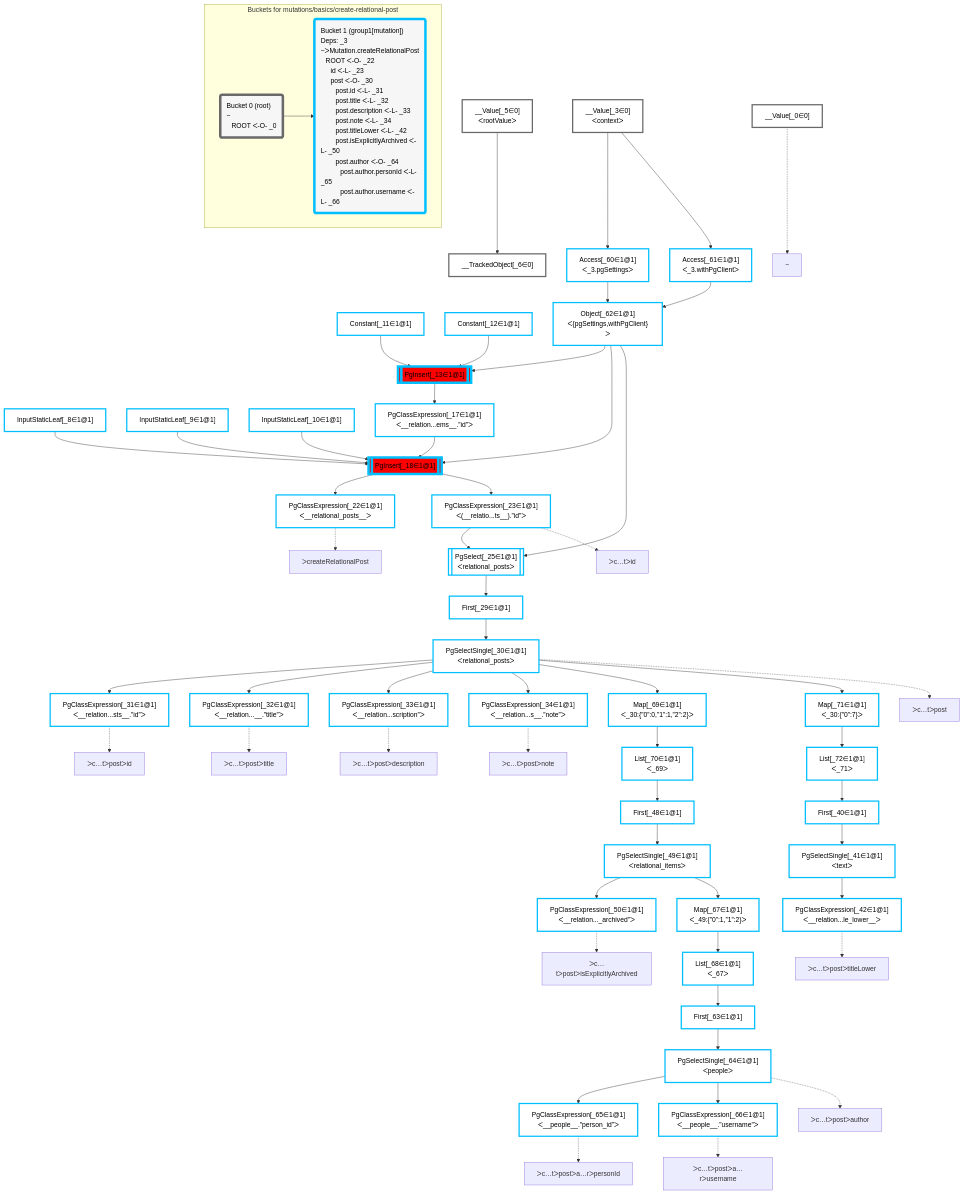
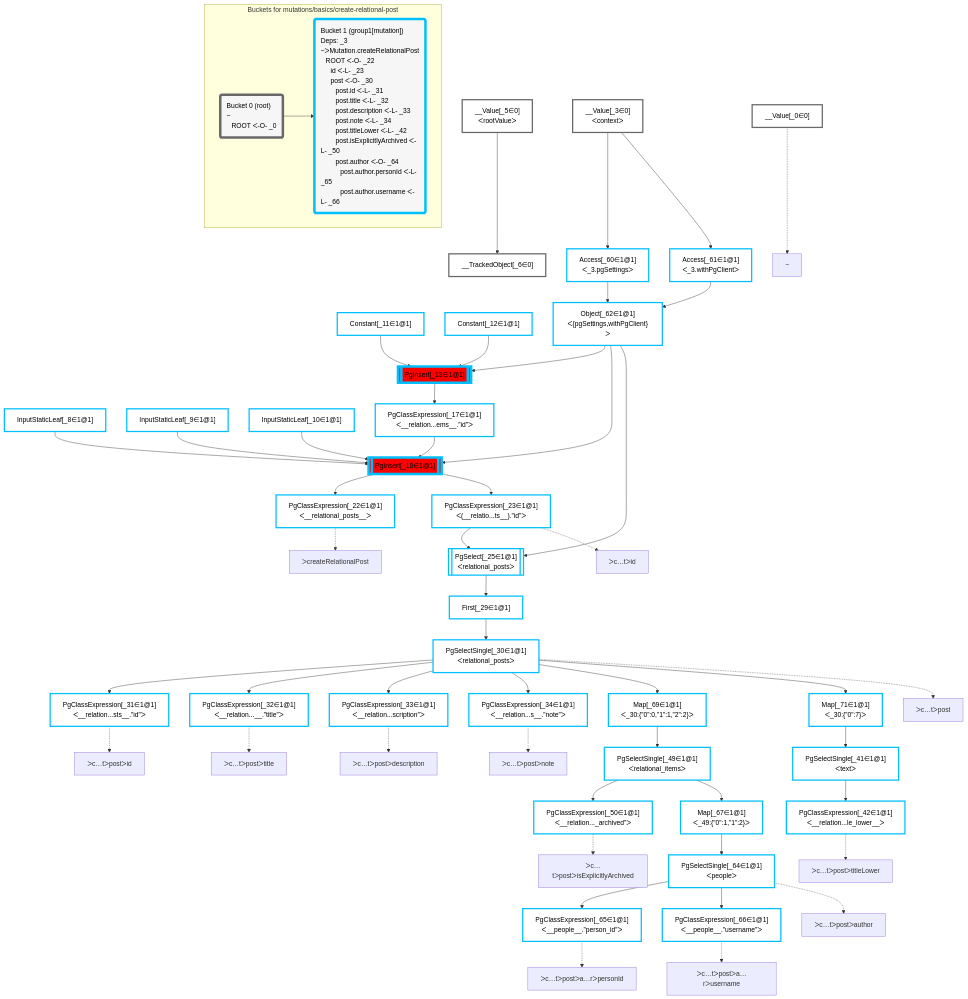
Before and after one commit to graphile/crystal: the diagram in packages/dataplan-pg/__tests__/mutations/basics/create-relational-post.mermaid.md, drawn with Mermaid. The commit also changed 67 other files, not shown here.

```diff
--- a/packages/dataplan-pg/__tests__/mutations/basics/create-relational-post.mermaid.md
+++ b/packages/dataplan-pg/__tests__/mutations/basics/create-relational-post.mermaid.md
@@ -29,25 +29,19 @@
     PgClassExpression_32["PgClassExpression[_32∈1@1]<br />ᐸ__relation...__.”title”ᐳ"]:::plan
     PgClassExpression_33["PgClassExpression[_33∈1@1]<br />ᐸ__relation...scription”ᐳ"]:::plan
     PgClassExpression_34["PgClassExpression[_34∈1@1]<br />ᐸ__relation...s__.”note”ᐳ"]:::plan
-    First_40["First[_40∈1@1]"]:::plan
     PgSelectSingle_41["PgSelectSingle[_41∈1@1]<br />ᐸtextᐳ"]:::plan
     PgClassExpression_42["PgClassExpression[_42∈1@1]<br />ᐸ__relation...le_lower__ᐳ"]:::plan
-    First_48["First[_48∈1@1]"]:::plan
     PgSelectSingle_49["PgSelectSingle[_49∈1@1]<br />ᐸrelational_itemsᐳ"]:::plan
     PgClassExpression_50["PgClassExpression[_50∈1@1]<br />ᐸ__relation..._archived”ᐳ"]:::plan
     Access_60["Access[_60∈1@1]<br />ᐸ_3.pgSettingsᐳ"]:::plan
     Access_61["Access[_61∈1@1]<br />ᐸ_3.withPgClientᐳ"]:::plan
     Object_62["Object[_62∈1@1]<br />ᐸ{pgSettings,withPgClient}ᐳ"]:::plan
-    First_63["First[_63∈1@1]"]:::plan
     PgSelectSingle_64["PgSelectSingle[_64∈1@1]<br />ᐸpeopleᐳ"]:::plan
     PgClassExpression_65["PgClassExpression[_65∈1@1]<br />ᐸ__people__.”person_id”ᐳ"]:::plan
     PgClassExpression_66["PgClassExpression[_66∈1@1]<br />ᐸ__people__.”username”ᐳ"]:::plan
     Map_67["Map[_67∈1@1]<br />ᐸ_49:{”0”:1,”1”:2}ᐳ"]:::plan
-    List_68["List[_68∈1@1]<br />ᐸ_67ᐳ"]:::plan
     Map_69["Map[_69∈1@1]<br />ᐸ_30:{”0”:0,”1”:1,”2”:2}ᐳ"]:::plan
-    List_70["List[_70∈1@1]<br />ᐸ_69ᐳ"]:::plan
     Map_71["Map[_71∈1@1]<br />ᐸ_30:{”0”:7}ᐳ"]:::plan
-    List_72["List[_72∈1@1]<br />ᐸ_71ᐳ"]:::plan
 
     %% plan dependencies
     __Value_5 --> __TrackedObject_6
@@ -70,26 +64,20 @@
     PgSelectSingle_30 --> PgClassExpression_32
     PgSelectSingle_30 --> PgClassExpression_33
     PgSelectSingle_30 --> PgClassExpression_34
-    List_72 --> First_40
-    First_40 --> PgSelectSingle_41
+    Map_71 --> PgSelectSingle_41
     PgSelectSingle_41 --> PgClassExpression_42
-    List_70 --> First_48
-    First_48 --> PgSelectSingle_49
+    Map_69 --> PgSelectSingle_49
     PgSelectSingle_49 --> PgClassExpression_50
     __Value_3 --> Access_60
     __Value_3 --> Access_61
     Access_60 --> Object_62
     Access_61 --> Object_62
-    List_68 --> First_63
-    First_63 --> PgSelectSingle_64
+    Map_67 --> PgSelectSingle_64
     PgSelectSingle_64 --> PgClassExpression_65
     PgSelectSingle_64 --> PgClassExpression_66
     PgSelectSingle_49 --> Map_67
-    Map_67 --> List_68
     PgSelectSingle_30 --> Map_69
-    Map_69 --> List_70
     PgSelectSingle_30 --> Map_71
-    Map_71 --> List_72
 
     %% plan-to-path relationships
     P_0["~"]
@@ -123,7 +111,7 @@
     classDef bucket0 stroke:#696969
     class __Value_0,__Value_3,__Value_5,__TrackedObject_6 bucket0
     classDef bucket1 stroke:#00bfff
-    class InputStaticLeaf_8,InputStaticLeaf_9,InputStaticLeaf_10,Constant_11,Constant_12,PgInsert_13,PgClassExpression_17,PgInsert_18,PgClassExpression_22,PgClassExpression_23,PgSelect_25,First_29,PgSelectSingle_30,PgClassExpression_31,PgClassExpression_32,PgClassExpression_33,PgClassExpression_34,First_40,PgSelectSingle_41,PgClassExpression_42,First_48,PgSelectSingle_49,PgClassExpression_50,Access_60,Access_61,Object_62,First_63,PgSelectSingle_64,PgClassExpression_65,PgClassExpression_66,Map_67,List_68,Map_69,List_70,Map_71,List_72 bucket1
+    class InputStaticLeaf_8,InputStaticLeaf_9,InputStaticLeaf_10,Constant_11,Constant_12,PgInsert_13,PgClassExpression_17,PgInsert_18,PgClassExpression_22,PgClassExpression_23,PgSelect_25,First_29,PgSelectSingle_30,PgClassExpression_31,PgClassExpression_32,PgClassExpression_33,PgClassExpression_34,PgSelectSingle_41,PgClassExpression_42,PgSelectSingle_49,PgClassExpression_50,Access_60,Access_61,Object_62,PgSelectSingle_64,PgClassExpression_65,PgClassExpression_66,Map_67,Map_69,Map_71 bucket1
 
     subgraph "Buckets for mutations/basics/create-relational-post"
     Bucket0("Bucket 0 (root)<br />~<br />⠀ROOT ᐸ-O- _0"):::bucket
```
